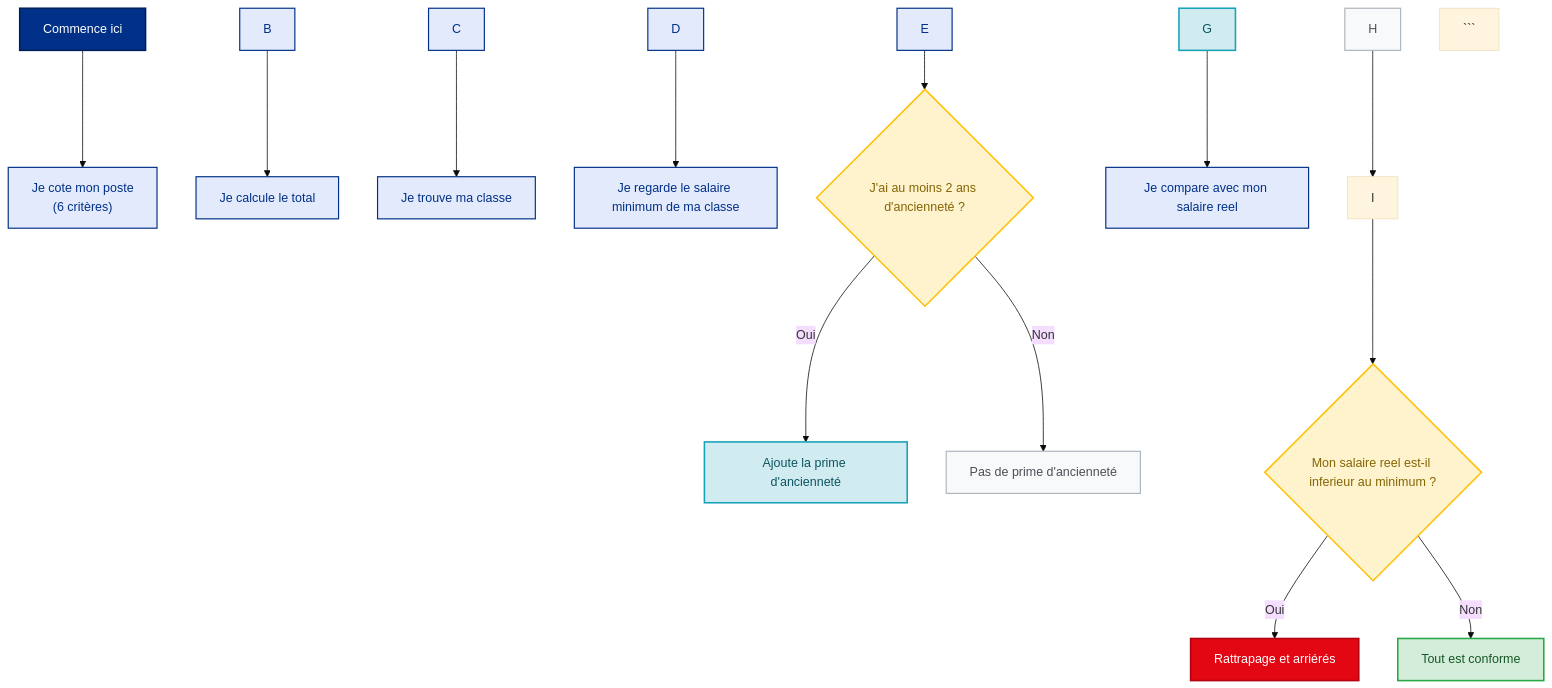
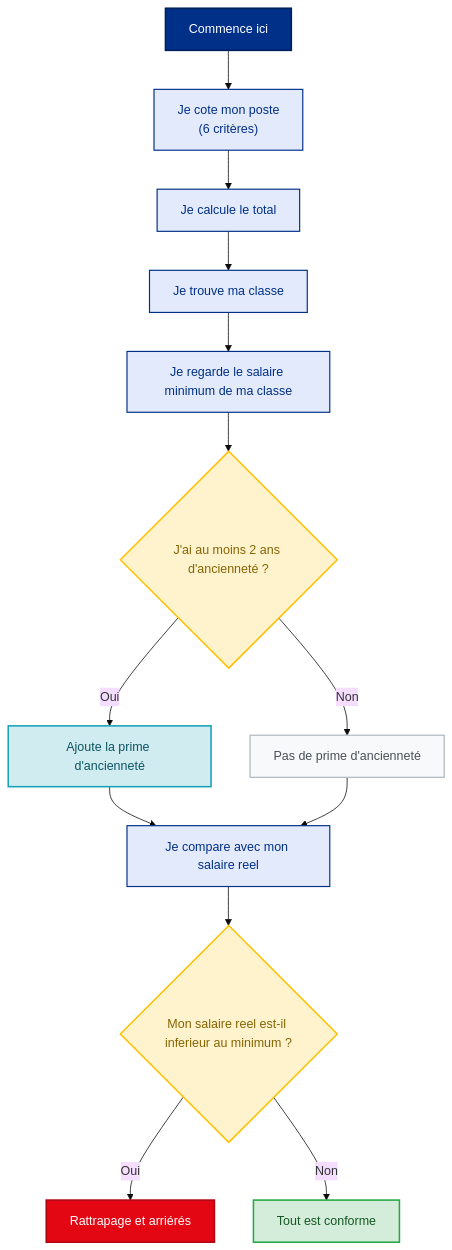
Before and after one commit to KSA-Syndic/ksa-syndic: the diagram in content/droits/convention-collective-metallurgie.md, drawn with Mermaid (base theme). The commit also changed other lines of this file, not shown here.

Commit message:
Fix TinaCMS changes

````diff
--- a/content/droits/convention-collective-metallurgie.md
+++ b/content/droits/convention-collective-metallurgie.md
@@ -138,35 +140,32 @@
-{{< mermaid >}}
+``` mermaid
 flowchart TD
-A\["Commence ici"]:::start --> B\["Je cote mon poste <br> (6 critères)"]:::step
-B --> C\["Je calcule le total"]:::step
-C --> D\["Je trouve ma classe"]:::step
-D --> E\["Je regarde le salaire minimum de ma classe"]:::step
-E --> F{"J'ai au moins 2 ans d'ancienneté ?"}:::question
-F -- "Oui" --> G\["Ajoute la prime d'ancienneté"]:::bonus
-F -- "Non" --> H\["Pas de prime d'ancienneté"]:::neutral
-G --> I\["Je compare avec mon salaire reel"]:::step
-H --> I
-I --> J{"Mon salaire reel est-il inferieur au minimum ?"}:::question
-J -- "Oui" --> K\["Rattrapage et arriérés"]:::alert
-J -- "Non" --> L\["Tout est conforme"]:::success
+    A["Commence ici"]:::start --> B["Je cote mon poste <br> (6 critères)"]:::step
+    B --> C["Je calcule le total"]:::step
+    C --> D["Je trouve ma classe"]:::step
+    D --> E["Je regarde le salaire minimum de ma classe"]:::step
+    E --> F{"J'ai au moins 2 ans d'ancienneté ?"}:::question
+    F -- "Oui" --> G["Ajoute la prime d'ancienneté"]:::bonus
+    F -- "Non" --> H["Pas de prime d'ancienneté"]:::neutral
+    G --> I["Je compare avec mon salaire reel"]:::step
+    H --> I
+    I --> J{"Mon salaire reel est-il inferieur au minimum ?"}:::question
+    J -- "Oui" --> K["Rattrapage et arriérés"]:::alert
+    J -- "Non" --> L["Tout est conforme"]:::success
 
-```
 %% Styles Mermaid
 classDef start fill:#003087,stroke:#00205b,stroke-width:2px,color:#fff;
 classDef step fill:#e3eafc,stroke:#003087,stroke-width:1.5px,color:#003087;
 classDef question fill:#fff3cd,stroke:#ffc107,stroke-width:2px,color:#856404;
 classDef bonus fill:#d1ecf1,stroke:#17a2b8,stroke-width:2px,color:#0c5460;
 classDef neutral fill:#f8f9fa,stroke:#adb5bd,stroke-width:1.5px,color:#495057;
 classDef alert fill:#e30613,stroke:#b00510,stroke-width:2px,color:#fff;
 classDef success fill:#d4edda,stroke:#28a745,stroke-width:2px,color:#155724;
 
 class A start;
 class B,C,D,E step;
 class F,J question;
 class G bonus;
 class H neutral;
 class K alert;
 class L success;
 ```
-
-{{< /mermaid >}}
````
